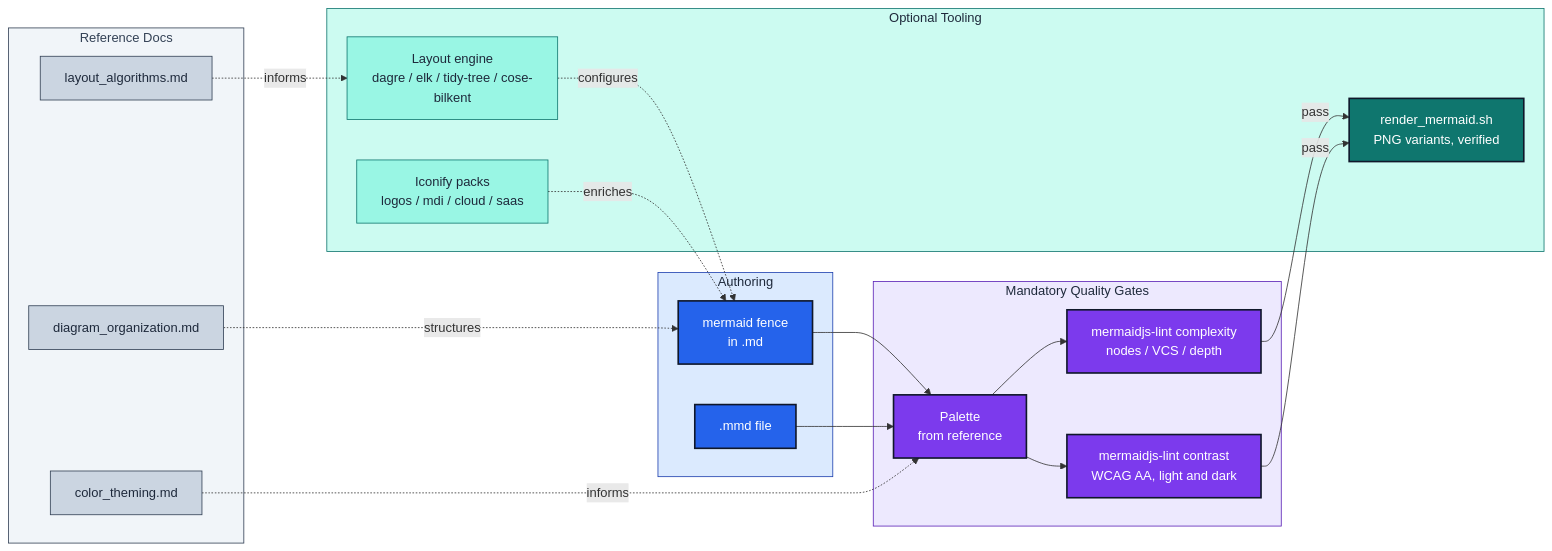
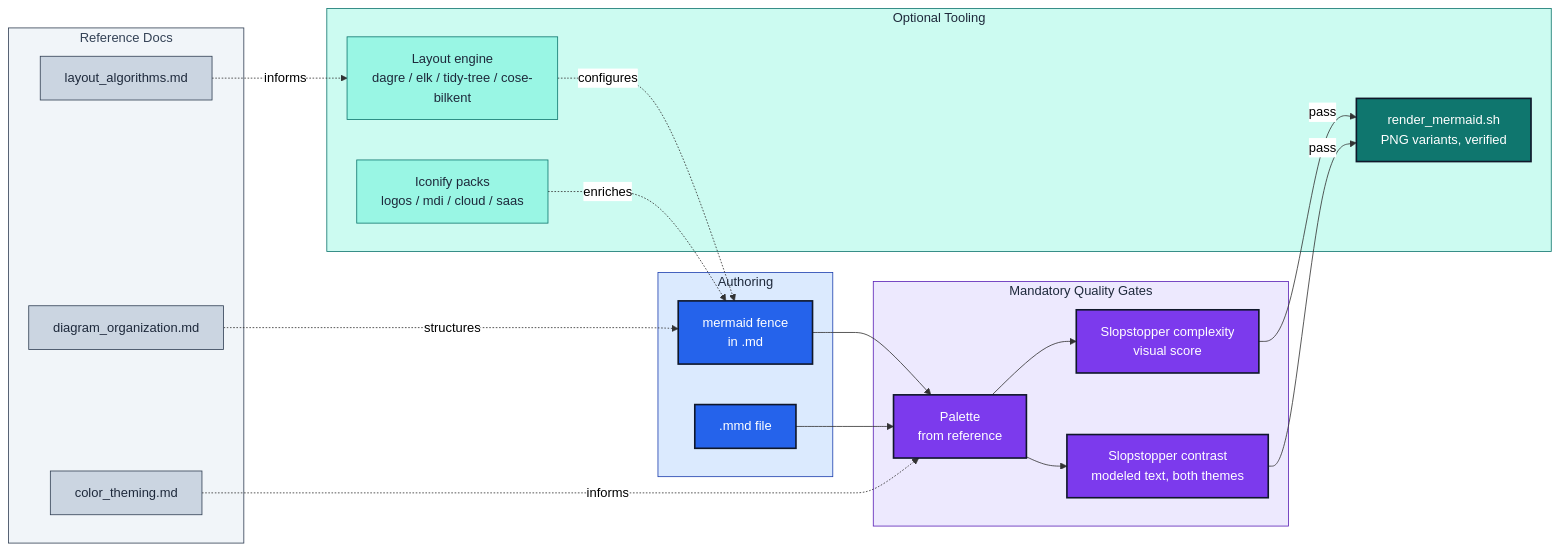
The second of 2 diagrams in plugins/jpai-essentials/skills/mermaidjs-diagrams/README.md (jpeakai/skills), drawn with Mermaid before and after one commit. The commit also changed other lines of this file and 246 other files, not shown here.

Commit message:
feat: generate design profiles and unify diagram theming

````diff
--- a/plugins/jpai-essentials/skills/mermaidjs-diagrams/README.md
+++ b/plugins/jpai-essentials/skills/mermaidjs-diagrams/README.md
@@ -51,55 +55,61 @@
 ```mermaid
+---
+config:
+  themeVariables:
+    textColor: '#010101'
+    edgeLabelBackground: '#ffffff'
+---
 flowchart LR
     subgraph author["Authoring"]
         fence["mermaid fence<br/>in .md"]:::ingressPrimary
         mmd[".mmd file"]:::ingressPrimary
     end
 
     subgraph gates["Mandatory Quality Gates"]
         palette["Palette<br/>from reference"]:::computePrimary
-        complexity["mermaidjs-lint complexity<br/>nodes / VCS / depth"]:::computePrimary
-        contrast["mermaidjs-lint contrast<br/>WCAG AA, light and dark"]:::computePrimary
+        complexity["Slopstopper complexity<br/>visual score"]:::computePrimary
+        contrast["Slopstopper contrast<br/>modeled text, both themes"]:::computePrimary
     end
 
     subgraph optional["Optional Tooling"]
         layout["Layout engine<br/>dagre / elk / tidy-tree / cose-bilkent"]:::dataSecondary
         icons["Iconify packs<br/>logos / mdi / cloud / saas"]:::dataSecondary
         render["render_mermaid.sh<br/>PNG variants, verified"]:::dataPrimary
     end
 
     subgraph refs["Reference Docs"]
         rColor["color_theming.md"]:::infraSecondary
         rLayout["layout_algorithms.md"]:::infraSecondary
         rOrg["diagram_organization.md"]:::infraSecondary
     end
 
     fence --> palette
     mmd --> palette
     palette --> complexity
     palette --> contrast
     complexity -- pass --> render
     contrast -- pass --> render
 
     layout -. configures .-> fence
     icons -. enriches .-> fence
 
     rColor -. informs .-> palette
     rLayout -. informs .-> layout
     rOrg -. structures .-> fence
 
     classDef ingressPrimary    fill:#2563eb,stroke:#0f172a,color:#fff,stroke-width:2px
     classDef computePrimary    fill:#7c3aed,stroke:#0f172a,color:#fff,stroke-width:2px
     classDef dataPrimary       fill:#0f766e,stroke:#0f172a,color:#fff,stroke-width:2px
     classDef dataSecondary     fill:#99f6e4,stroke:#0f766e,color:#1e293b,stroke-width:1px
     classDef infraSecondary    fill:#cbd5e1,stroke:#334155,color:#1e293b,stroke-width:1px
 
     classDef sgBlue   fill:#dbeafe,stroke:#1e40af,color:#1e293b
     classDef sgViolet fill:#ede9fe,stroke:#5b21b6,color:#1e293b
     classDef sgTeal   fill:#ccfbf1,stroke:#0f766e,color:#1e293b
     classDef sgSlate  fill:#f1f5f9,stroke:#334155,color:#334155
 
     class author sgBlue
     class gates sgViolet
     class optional sgTeal
     class refs sgSlate
 ```
````
